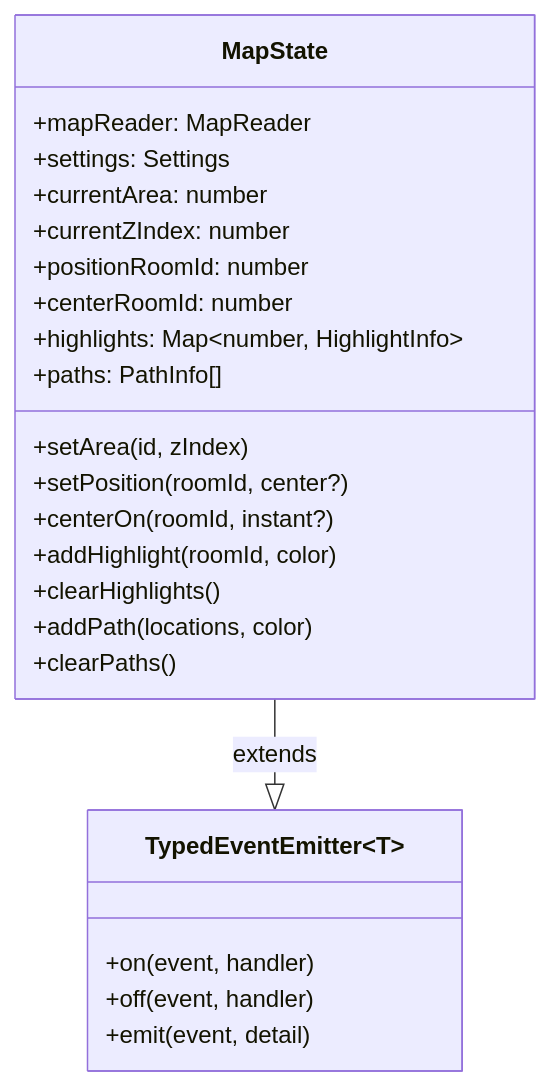
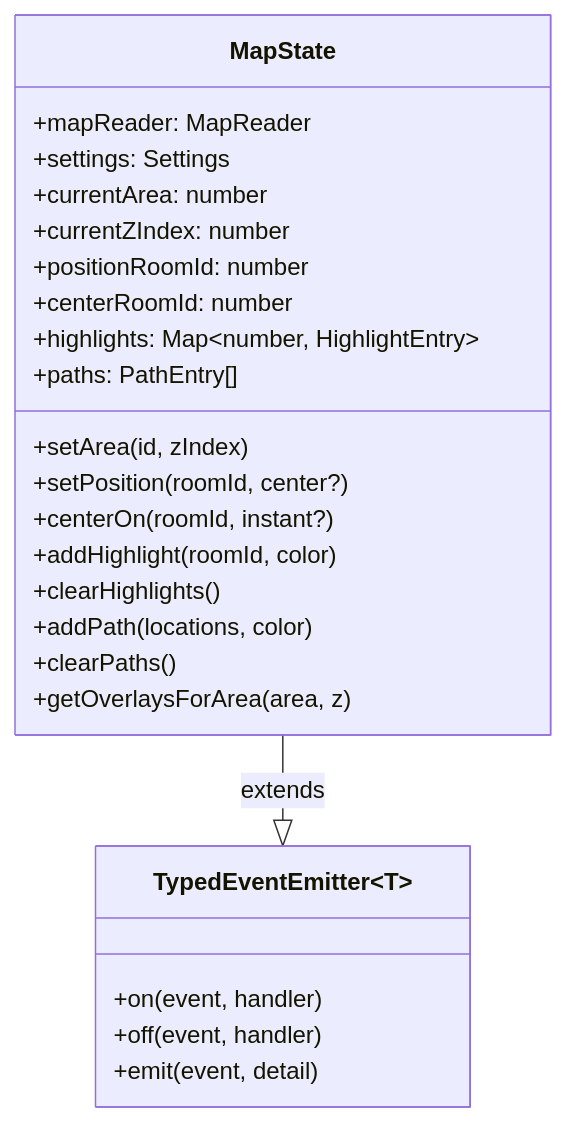
Before and after one commit to Delwing/mudlet-map-renderer: the fifth of 17 diagrams in docs/architecture.md, drawn with Mermaid. The commit also changed other lines of this file and 44 other files, not shown here.

````diff
--- a/docs/architecture.md
+++ b/docs/architecture.md
@@ -174,28 +215,29 @@
 ```mermaid
 classDiagram
     class MapState {
         +mapReader: MapReader
         +settings: Settings
         +currentArea: number
         +currentZIndex: number
         +positionRoomId: number
         +centerRoomId: number
-        +highlights: Map~number, HighlightInfo~
-        +paths: PathInfo[]
+        +highlights: Map~number, HighlightEntry~
+        +paths: PathEntry[]
         +setArea(id, zIndex)
         +setPosition(roomId, center?)
         +centerOn(roomId, instant?)
         +addHighlight(roomId, color)
         +clearHighlights()
         +addPath(locations, color)
         +clearPaths()
+        +getOverlaysForArea(area, z)
     }
 
     class TypedEventEmitter~T~ {
         +on(event, handler)
         +off(event, handler)
         +emit(event, detail)
     }
 
     MapState --|> TypedEventEmitter : extends
 ```
````
